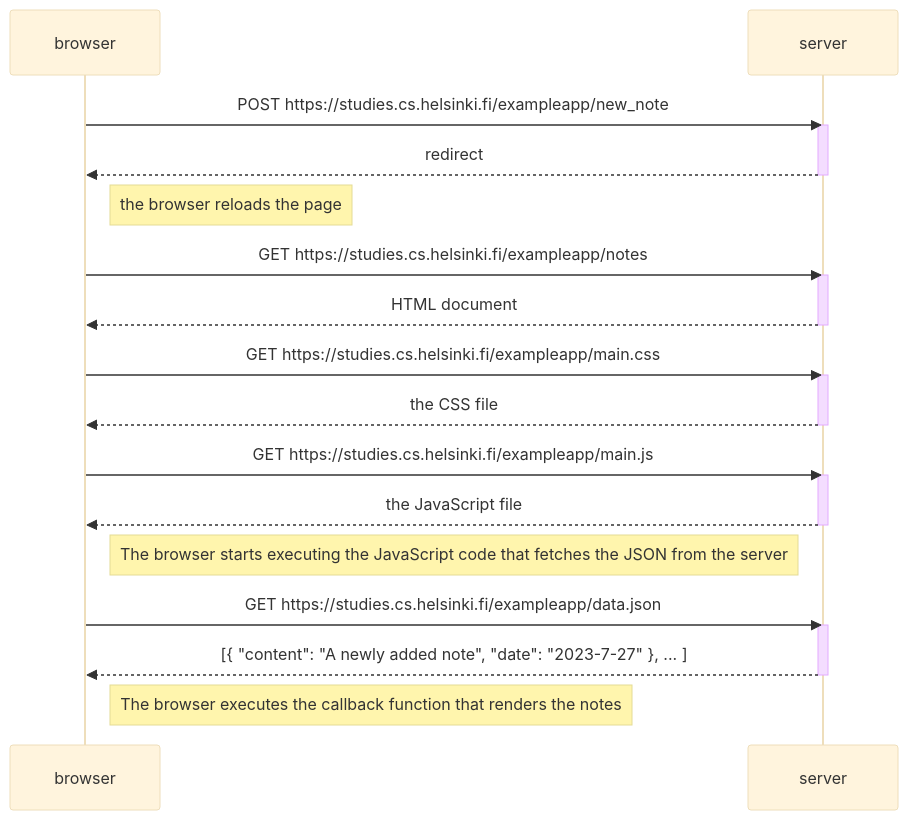
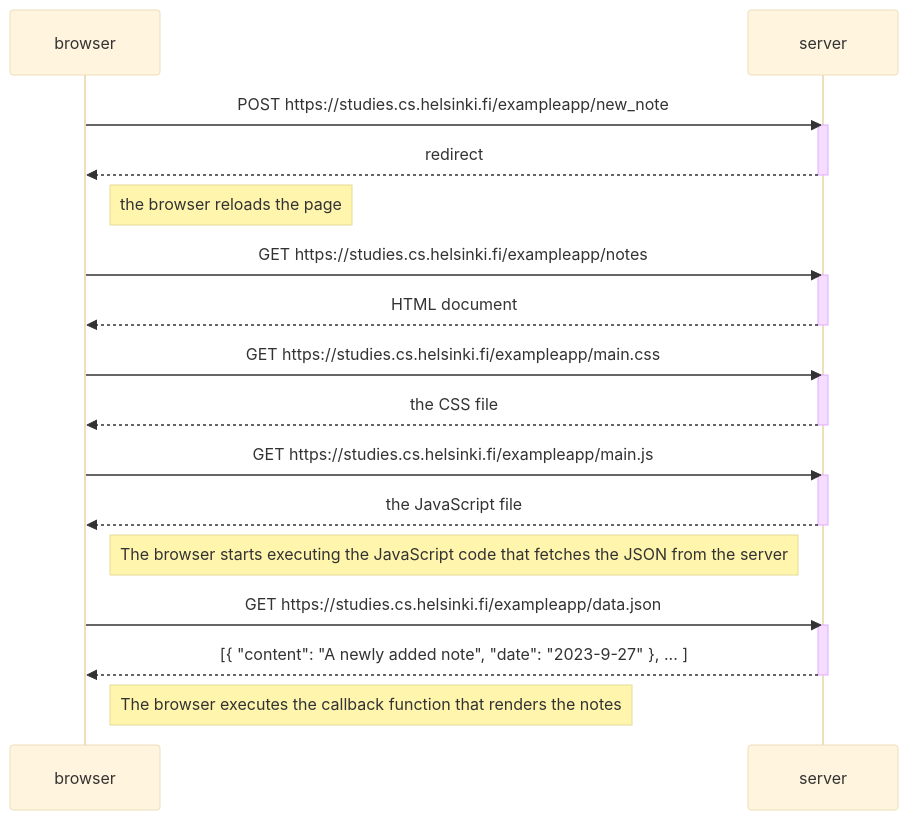
One commit to AlexanderGurnet/fullstackopen changed the diagram in part0/0.4/new_note_diagram.md. Above: the diagram before and after it, drawn with Mermaid (base theme).

````diff
--- a/part0/0.4/new_note_diagram.md
+++ b/part0/0.4/new_note_diagram.md
@@ -2,35 +2,35 @@
 ```mermaid
   sequenceDiagram
     participant browser
     participant server
 
     browser->>server: POST https://studies.cs.helsinki.fi/exampleapp/new_note
     activate server
     server-->>browser: redirect
     deactivate server
     Note right of browser: the browser reloads the page
 
     browser->>server: GET https://studies.cs.helsinki.fi/exampleapp/notes
     activate server
     server-->>browser: HTML document
     deactivate server
     
     browser->>server: GET https://studies.cs.helsinki.fi/exampleapp/main.css
     activate server
     server-->>browser: the CSS file
     deactivate server
 
     browser->>server: GET https://studies.cs.helsinki.fi/exampleapp/main.js
     activate server
     server-->>browser: the JavaScript file
     deactivate server
 
     Note right of browser: The browser starts executing the JavaScript code that fetches the JSON from the server
 
     browser->>server: GET https://studies.cs.helsinki.fi/exampleapp/data.json
     activate server
-    server-->>browser: [{ "content": "A newly added note", "date": "2023-7-27" }, ... ]
+    server-->>browser: [{ "content": "A newly added note", "date": "2023-9-27" }, ... ]
     deactivate server
 
     Note right of browser: The browser executes the callback function that renders the notes
 ```
````
